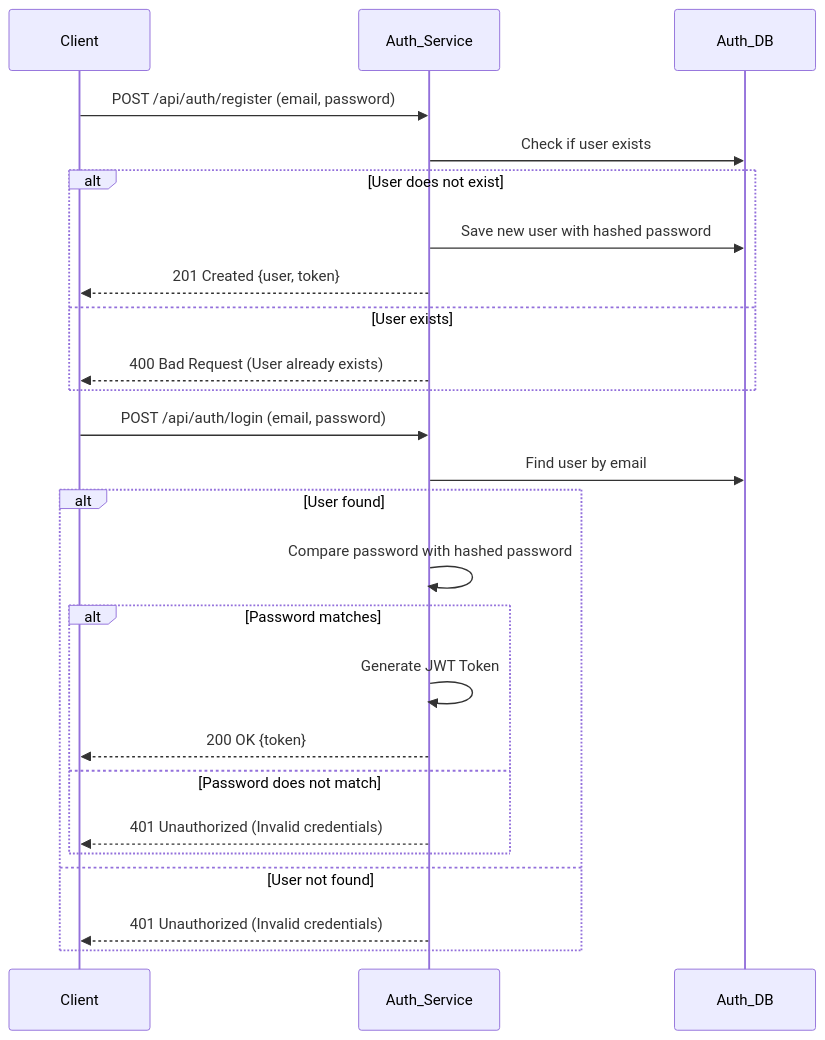
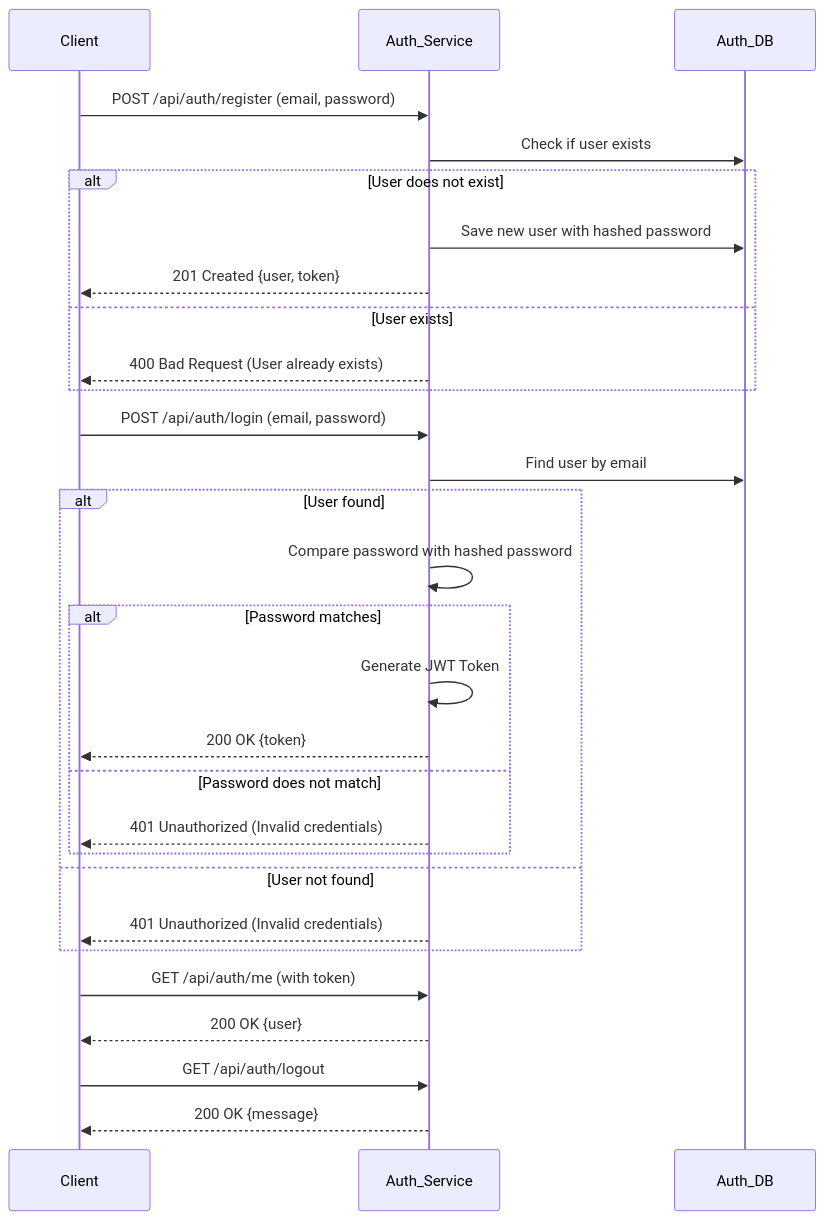
Before and after one commit to priyanshu-samal/microBazaar: the second of 4 diagrams in README.md, drawn with Mermaid. The commit also changed other lines of this file and 4 other files, not shown here.

````diff
--- a/README.md
+++ b/README.md
@@ -102,29 +102,35 @@
 ```mermaid
 sequenceDiagram
     participant Client
     participant Auth_Service
     participant Auth_DB
 
     Client->>Auth_Service: POST /api/auth/register (email, password)
     Auth_Service->>Auth_DB: Check if user exists
     alt User does not exist
         Auth_Service->>Auth_DB: Save new user with hashed password
         Auth_Service-->>Client: 201 Created {user, token}
     else User exists
         Auth_Service-->>Client: 400 Bad Request (User already exists)
     end
 
     Client->>Auth_Service: POST /api/auth/login (email, password)
     Auth_Service->>Auth_DB: Find user by email
     alt User found
         Auth_Service->>Auth_Service: Compare password with hashed password
         alt Password matches
             Auth_Service->>Auth_Service: Generate JWT Token
             Auth_Service-->>Client: 200 OK {token}
         else Password does not match
             Auth_Service-->>Client: 401 Unauthorized (Invalid credentials)
         end
     else User not found
         Auth_Service-->>Client: 401 Unauthorized (Invalid credentials)
     end
+    
+    Client->>Auth_Service: GET /api/auth/me (with token)
+    Auth_Service-->>Client: 200 OK {user}
+
+    Client->>Auth_Service: GET /api/auth/logout
+    Auth_Service-->>Client: 200 OK {message}
 ```
````
